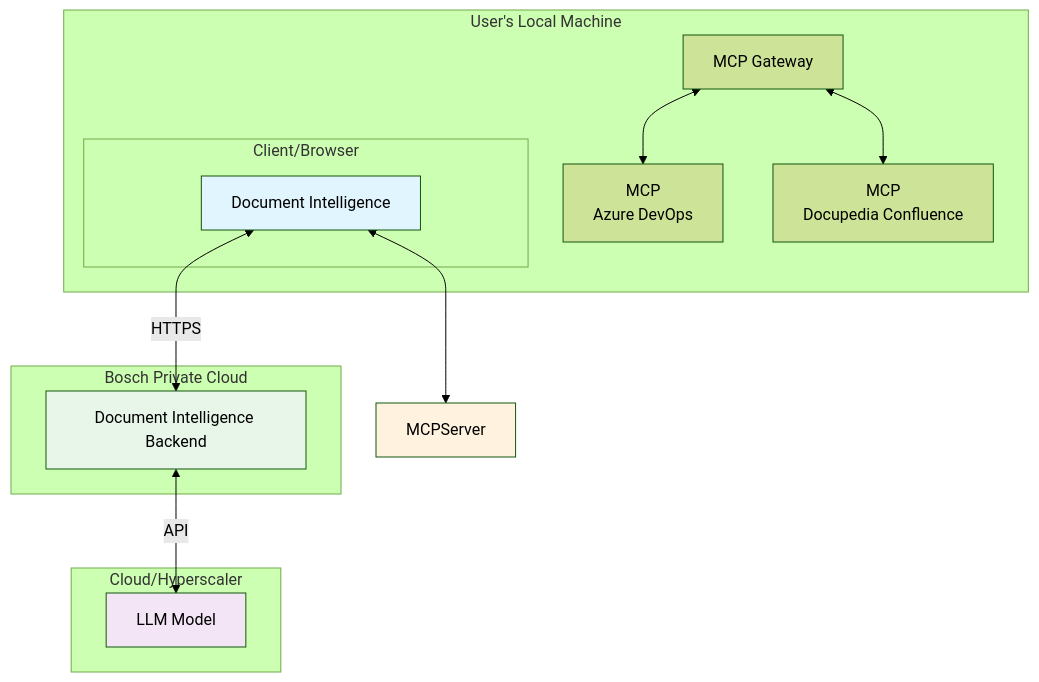
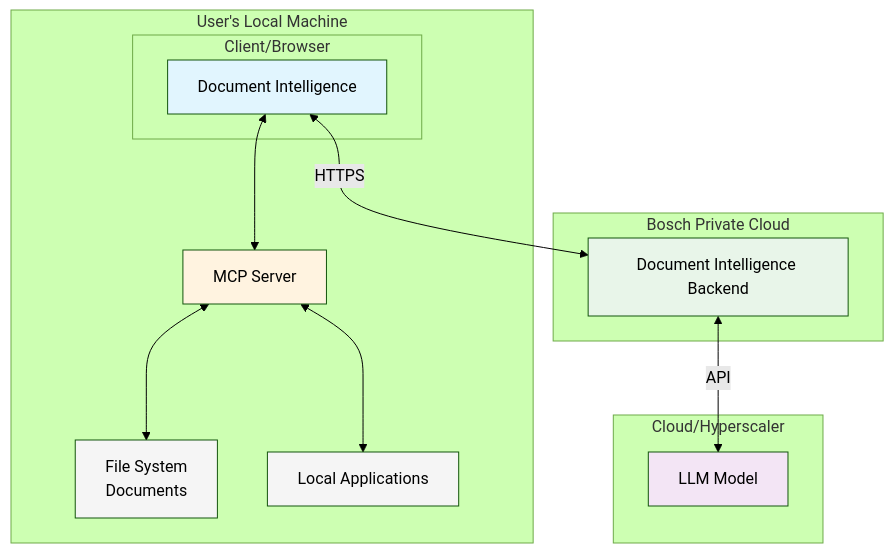
Before and after one commit to ahmadHawarnah/mcp-connector: the diagram in docs/diagrams/BDI.md, drawn with Mermaid (forest theme).

````diff
--- a/docs/diagrams/BDI.md
+++ b/docs/diagrams/BDI.md
@@ -6,31 +6,33 @@
 ```mermaid
 graph TB
     subgraph "Bosch Private Cloud"
         Backend[Document Intelligence Backend]
     end
 
     subgraph "User's Local Machine"
         subgraph "Client/Browser"
             UI[Document Intelligence]
         end
-        MCPGateway[MCP Gateway]
-        MCPAdo[MCP<br/>Azure DevOps]
-        MCPDocupdia[MCP<br/>Docupedia Confluence]
+        MCPServer[MCP Server]
+        FileSystem[File System<br/>Documents]
+        LocalApps[Local Applications]
         
-        MCPGateway <--> MCPAdo
-        MCPGateway <--> MCPDocupdia
+        MCPServer <--> FileSystem
+        MCPServer <--> LocalApps
     end
     
     subgraph "Cloud/Hyperscaler"
         LLM[LLM Model]
     end
     
     UI <-->|HTTPS| Backend
     Backend <-->|API| LLM
     UI <--> MCPServer
     
     style UI fill:#e1f5fe
     style MCPServer fill:#fff3e0
     style Backend fill:#e8f5e9
     style LLM fill:#f3e5f5
+    style FileSystem fill:#f5f5f5
+    style LocalApps fill:#f5f5f5
 ```
````
